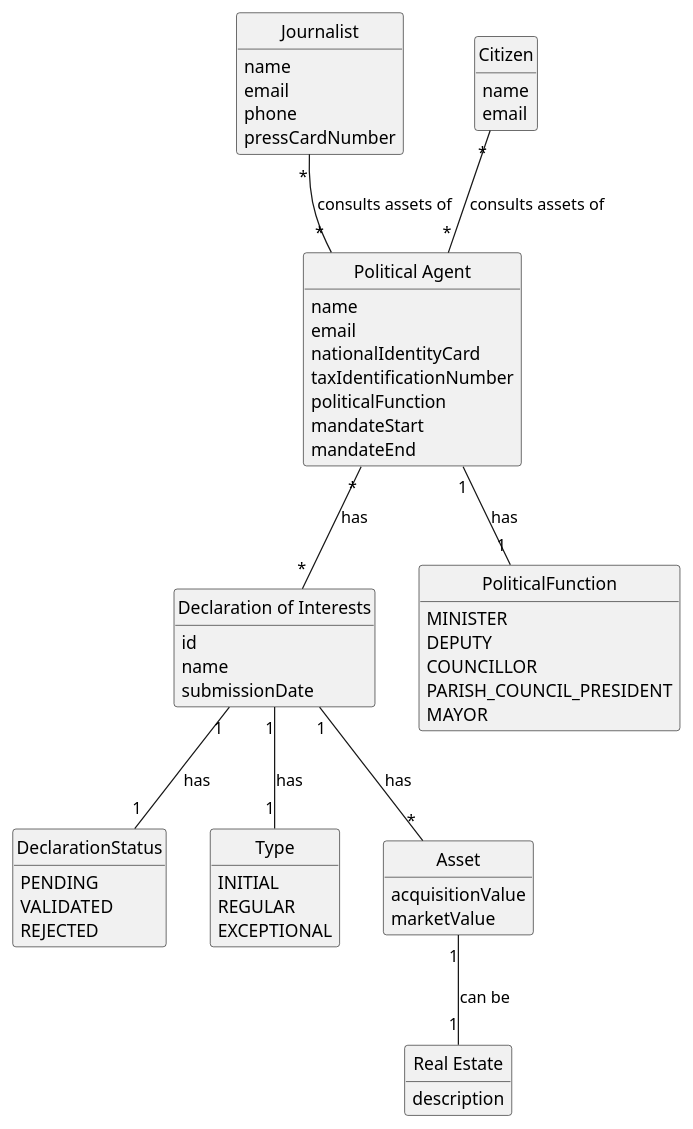
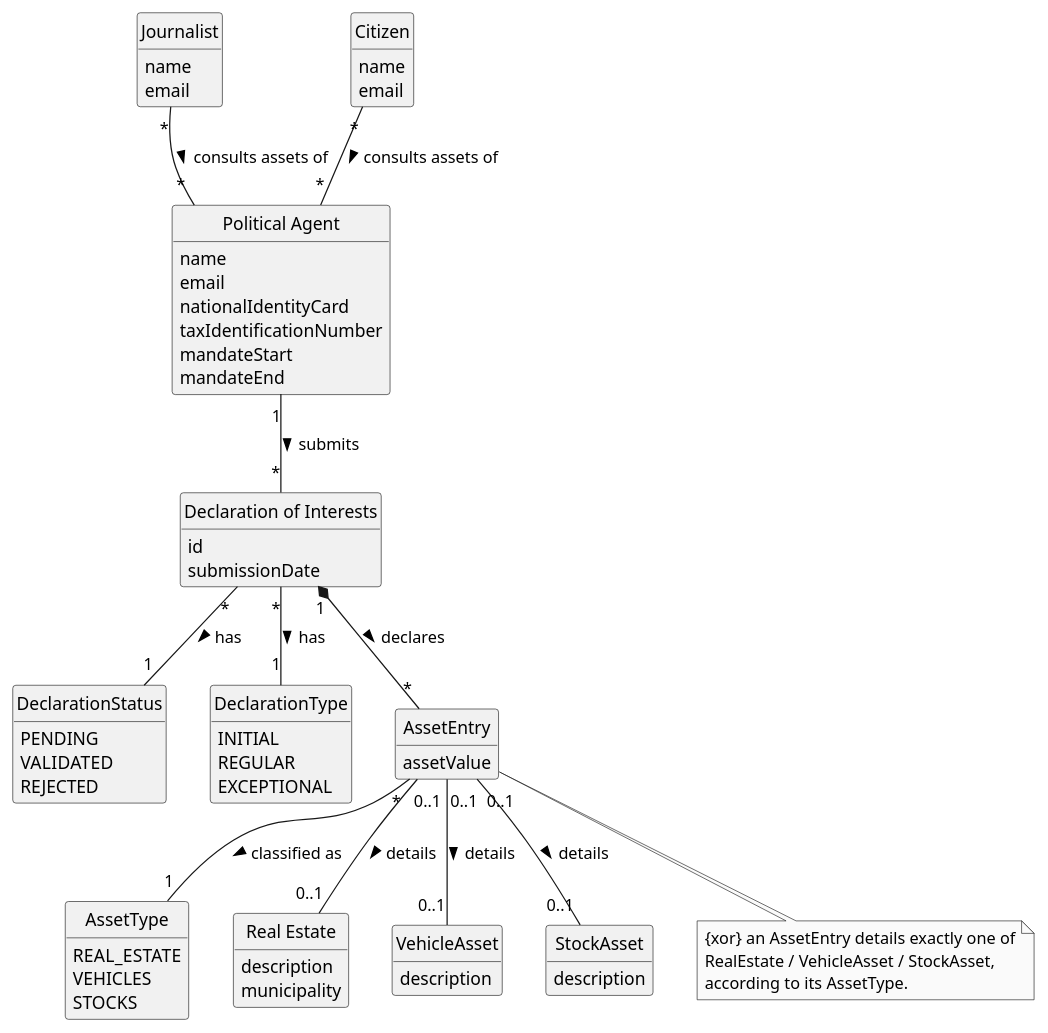
Before and after one commit to brunodspinto/crystal-clear-platform: the diagram in docs/system-documentation/US11/02.analysis/puml/US11-DM.puml, drawn with PlantUML. The commit also changed 15 other files, not shown here.

Commit message:
Updated the US 09, 10 and 11 diagrams for clarity

```diff
--- a/docs/system-documentation/US11/02.analysis/puml/US11-DM.puml
+++ b/docs/system-documentation/US11/02.analysis/puml/US11-DM.puml
@@ -1,80 +1,90 @@
 @startuml US11-DM
 skinparam monochrome true
 skinparam packageStyle rectangle
 skinparam shadowing false
 skinparam classAttributeIconSize 0
 
 hide circle
 hide methods
 
 class Journalist {
     name
     email
-    phone
-    pressCardNumber
 }
 
 class Citizen {
     name
     email
 }
 
 class "Political Agent" as PoliticalAgent {
     name
     email
     nationalIdentityCard
     taxIdentificationNumber
-    politicalFunction
     mandateStart
     mandateEnd
 }
 
 class "Declaration of Interests" as Declaration {
     id
-    name
     submissionDate
 }
 
 enum DeclarationStatus {
     PENDING
     VALIDATED
     REJECTED
 }
 
-enum Type {
+enum DeclarationType {
     INITIAL
     REGULAR
     EXCEPTIONAL
 }
 
-enum PoliticalFunction {
-    MINISTER
-    DEPUTY
-    COUNCILLOR
-    PARISH_COUNCIL_PRESIDENT
-    MAYOR
+class AssetEntry {
+    assetValue
 }
 
-class Asset {
-    acquisitionValue
-    marketValue
+enum AssetType {
+    REAL_ESTATE
+    VEHICLES
+    STOCKS
 }
 
 class "Real Estate" as RealEstate {
     description
+    municipality
 }
 
-Journalist "*" -- "*" PoliticalAgent : consults assets of
-Citizen "*" -- "*" PoliticalAgent : consults assets of
+class VehicleAsset {
+    description
+}
 
-PoliticalAgent "*" -- "*" Declaration : has
+class StockAsset {
+    description
+}
 
-PoliticalAgent "1" -- "1" PoliticalFunction : has
+Journalist "*" -- "*" PoliticalAgent : consults assets of >
+Citizen "*" -- "*" PoliticalAgent : consults assets of >
 
-Declaration "1" -- "1" Type : has
-Declaration "1" -- "1" DeclarationStatus : has
-Declaration "1" -- "*" Asset : has
+PoliticalAgent "1" -- "*" Declaration : submits >
 
-Asset "1" -- "1" RealEstate : can be
+Declaration "*" -- "1" DeclarationType : has >
+Declaration "*" -- "1" DeclarationStatus : has >
+
+Declaration "1" *-- "*" AssetEntry : declares >
+
+AssetEntry "*" -- "1" AssetType : classified as >
+AssetEntry "0..1" -- "0..1" RealEstate : details >
+AssetEntry "0..1" -- "0..1" VehicleAsset : details >
+AssetEntry "0..1" -- "0..1" StockAsset : details >
+
+note bottom of AssetEntry
+    {xor} an AssetEntry details exactly one of
+    RealEstate / VehicleAsset / StockAsset,
+    according to its AssetType.
+end note
 
 @enduml
```
